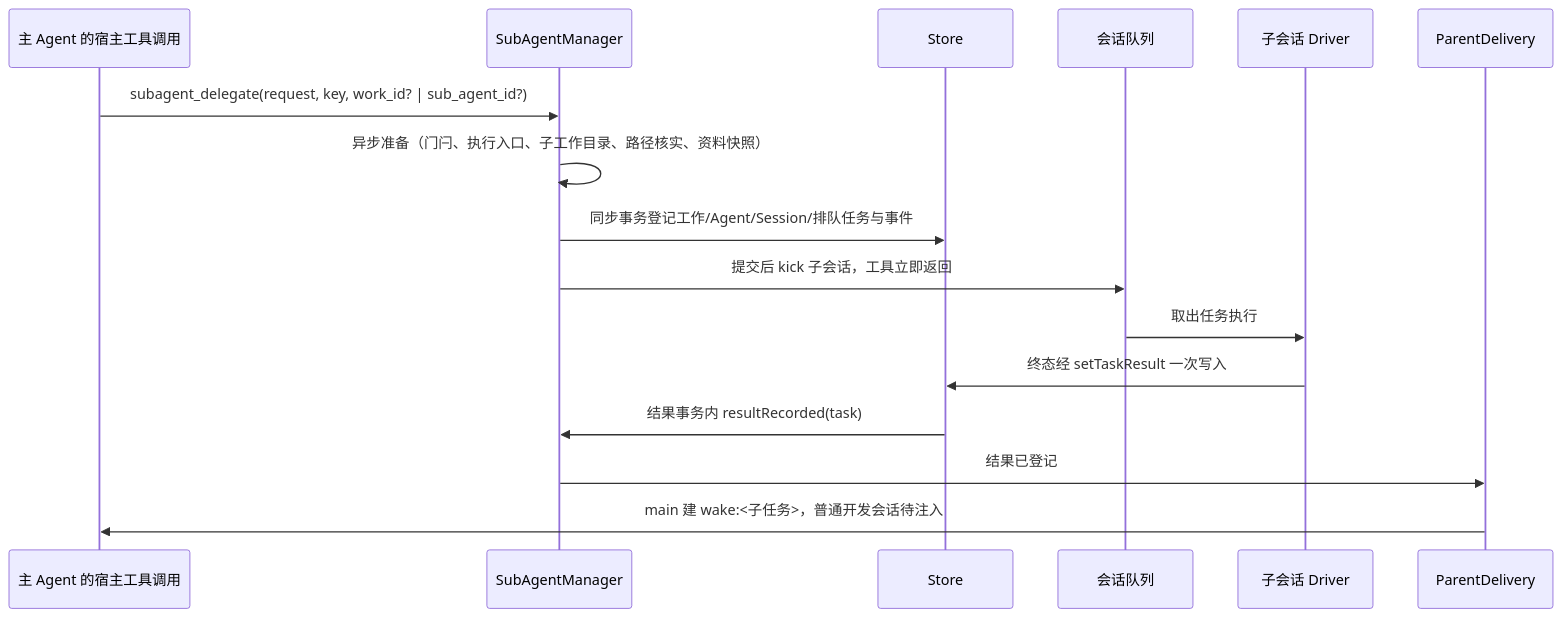
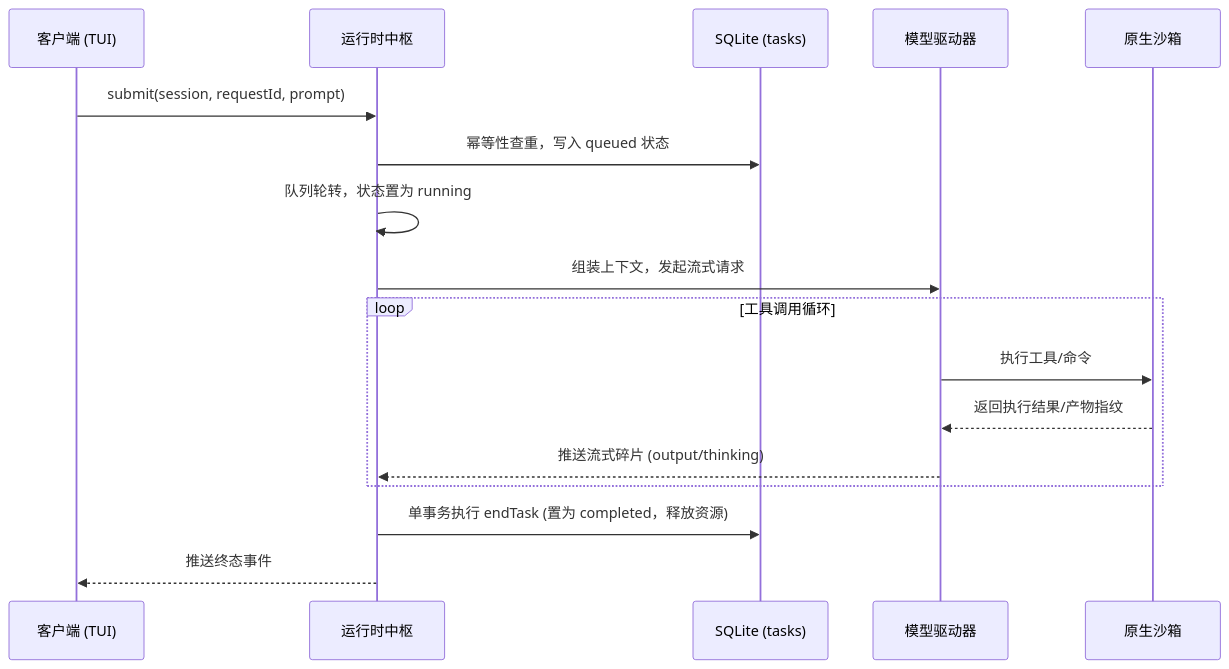
Before and after one commit to num-lab/Ruukoto: the second of 2 diagrams in docs/modules/runtime.md, drawn with Mermaid. The commit also changed other lines of this file and 19 other files, not shown here.

````diff
--- a/docs/modules/runtime.md
+++ b/docs/modules/runtime.md
@@ -200,19 +94,20 @@
 ```mermaid
 sequenceDiagram
-  participant MA as 主 Agent 的宿主工具调用
-  participant SM as SubAgentManager
-  participant St as Store
-  participant Q as 会话队列
-  participant P as 子会话 Driver
-  participant PD as ParentDelivery
+  participant Client as 客户端 (TUI)
+  participant Runtime as 运行时中枢
+  participant Store as SQLite (tasks)
+  participant Driver as 模型驱动器
+  participant Execution as 原生沙箱
 
-  MA->>SM: subagent_delegate(request, key, work_id? | sub_agent_id?)
-  SM->>SM: 异步准备（门闩、执行入口、子工作目录、路径核实、资料快照）
-  SM->>St: 同步事务登记工作/Agent/Session/排队任务与事件
-  SM->>Q: 提交后 kick 子会话，工具立即返回
-  Q->>P: 取出任务执行
-  P->>St: 终态经 setTaskResult 一次写入
-  St->>SM: 结果事务内 resultRecorded(task)
-  SM->>PD: 结果已登记
-  PD->>MA: main 建 wake:<子任务>，普通开发会话待注入
+  Client->>Runtime: submit(session, requestId, prompt)
+  Runtime->>Store: 幂等性查重，写入 queued 状态
+  Runtime->>Runtime: 队列轮转，状态置为 running
+  Runtime->>Driver: 组装上下文，发起流式请求
+  loop 工具调用循环
+    Driver->>Execution: 执行工具/命令
+    Execution-->>Driver: 返回执行结果/产物指纹
+    Driver-->>Runtime: 推送流式碎片 (output/thinking)
+  end
+  Runtime->>Store: 单事务执行 endTask (置为 completed，释放资源)
+  Runtime-->>Client: 推送终态事件
 ```
````
